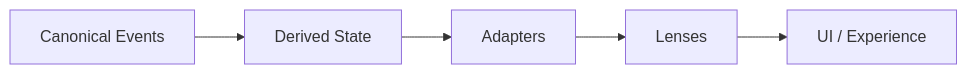
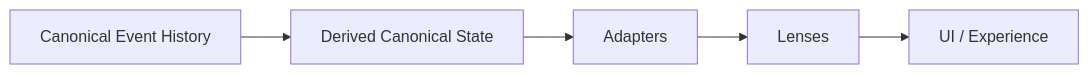
One commit to godofthunder101/crypsa-architecture changed the diagram in architecture/README.md. Above: the diagram before and after it, drawn with Mermaid. The commit also changed other lines of this file, not shown here.

Commit message:
Update terminology in architecture README

`````diff
--- a/architecture/README.md
+++ b/architecture/README.md
@@ -135,8 +135,8 @@
 ```mermaid
 flowchart LR
 
-A[Canonical Events] --> B[Derived State]
+A[Canonical Event History] --> B[Derived Canonical State]
 B --> C[Adapters]
 C --> D[Lenses]
 D --> E[UI / Experience]
 ````
`````
